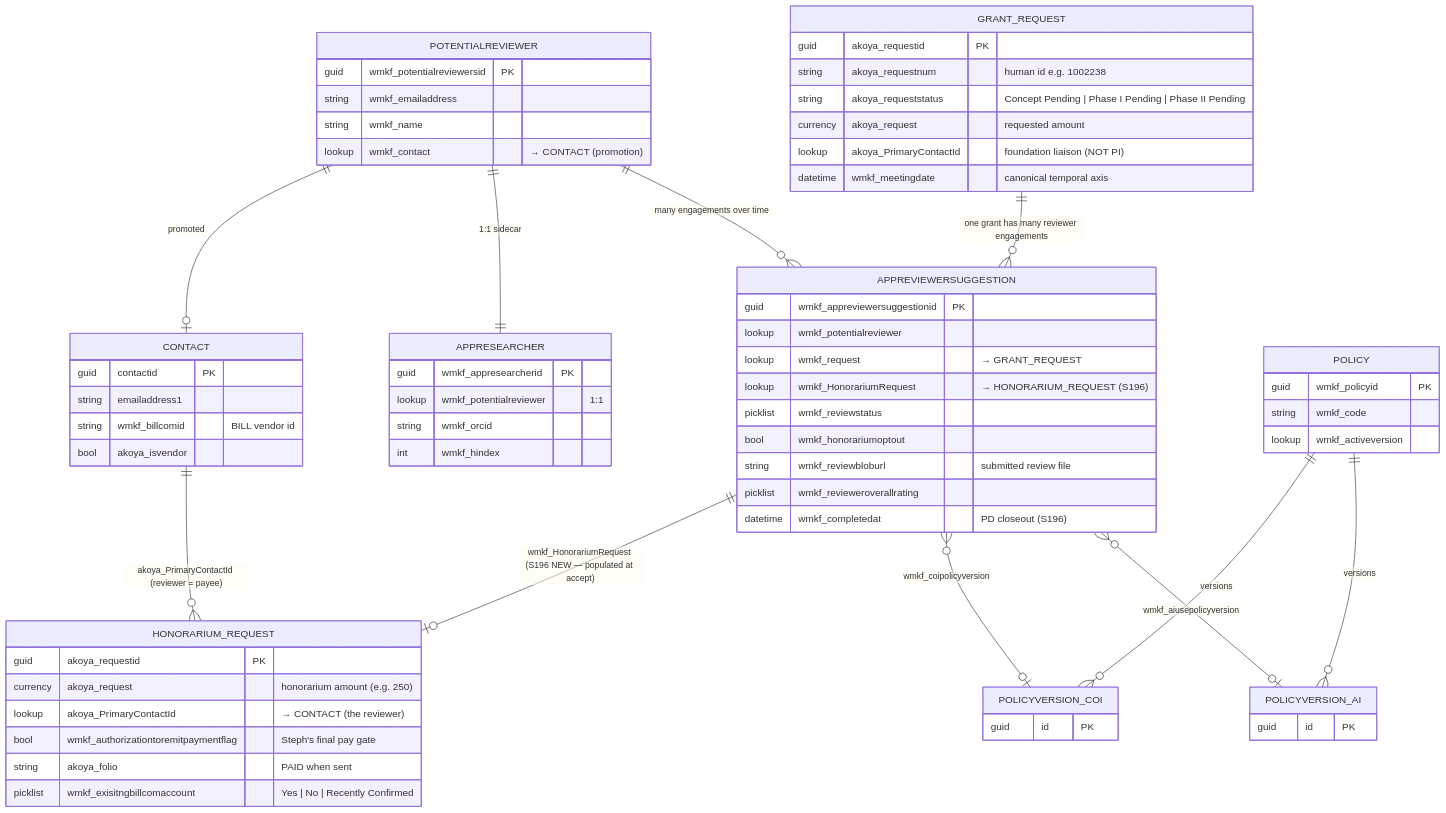
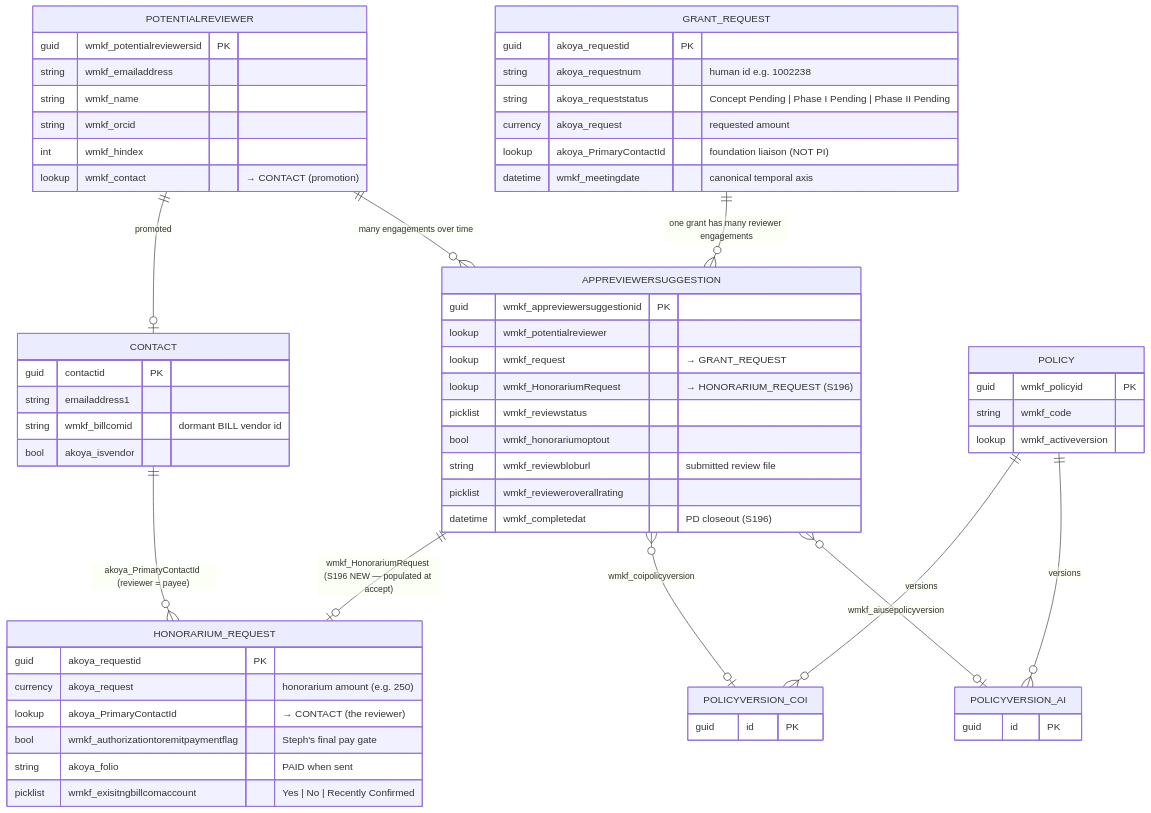
The second of 3 diagrams in docs/REVIEWER_DATA_MODEL.md (justingallivan/wmkf-research-apps), drawn with Mermaid before and after one commit. The commit also changed other lines of this file and 19 other files, not shown here.

````diff
--- a/docs/REVIEWER_DATA_MODEL.md
+++ b/docs/REVIEWER_DATA_MODEL.md
@@ -128,69 +123,64 @@
 ```mermaid
 erDiagram
     POTENTIALREVIEWER ||--o| CONTACT : "promoted"
-    POTENTIALREVIEWER ||--|| APPRESEARCHER : "1:1 sidecar"
     POTENTIALREVIEWER ||--o{ APPREVIEWERSUGGESTION : "many engagements over time"
 
     GRANT_REQUEST ||--o{ APPREVIEWERSUGGESTION : "one grant has many reviewer engagements"
 
     APPREVIEWERSUGGESTION ||--o| HONORARIUM_REQUEST : "wmkf_HonorariumRequest (S196 NEW — populated at accept)"
     CONTACT ||--o{ HONORARIUM_REQUEST : "akoya_PrimaryContactId (reviewer = payee)"
 
     APPREVIEWERSUGGESTION }o--o| POLICYVERSION_COI : "wmkf_coipolicyversion"
     APPREVIEWERSUGGESTION }o--o| POLICYVERSION_AI  : "wmkf_aiusepolicyversion"
     POLICY ||--o{ POLICYVERSION_COI : "versions"
     POLICY ||--o{ POLICYVERSION_AI  : "versions"
 
     POTENTIALREVIEWER {
         guid wmkf_potentialreviewersid PK
         string wmkf_emailaddress
         string wmkf_name
-        lookup wmkf_contact "→ CONTACT (promotion)"
-    }
-    APPRESEARCHER {
-        guid wmkf_appresearcherid PK
-        lookup wmkf_potentialreviewer "1:1"
         string wmkf_orcid
         int wmkf_hindex
+        lookup wmkf_contact "→ CONTACT (promotion)"
     }
     CONTACT {
         guid contactid PK
         string emailaddress1
-        string wmkf_billcomid "BILL vendor id"
+        string wmkf_billcomid "dormant BILL vendor id"
         bool akoya_isvendor
     }
     APPREVIEWERSUGGESTION {
         guid wmkf_appreviewersuggestionid PK
         lookup wmkf_potentialreviewer
         lookup wmkf_request "→ GRANT_REQUEST"
         lookup wmkf_HonorariumRequest "→ HONORARIUM_REQUEST (S196)"
         picklist wmkf_reviewstatus
         bool wmkf_honorariumoptout
         string wmkf_reviewbloburl "submitted review file"
         picklist wmkf_revieweroverallrating
         datetime wmkf_completedat "PD closeout (S196)"
     }
     GRANT_REQUEST {
         guid akoya_requestid PK
         string akoya_requestnum "human id e.g. 1002238"
         string akoya_requeststatus "Concept Pending | Phase I Pending | Phase II Pending"
         currency akoya_request "requested amount"
         lookup akoya_PrimaryContactId "foundation liaison (NOT PI)"
         datetime wmkf_meetingdate "canonical temporal axis"
     }
     HONORARIUM_REQUEST {
         guid akoya_requestid PK
         currency akoya_request "honorarium amount (e.g. 250)"
         lookup akoya_PrimaryContactId "→ CONTACT (the reviewer)"
         bool wmkf_authorizationtoremitpaymentflag "Steph's final pay gate"
         string akoya_folio "PAID when sent"
         picklist wmkf_exisitngbillcomaccount "Yes | No | Recently Confirmed"
     }
     POLICY {
         guid wmkf_policyid PK
         string wmkf_code
         lookup wmkf_activeversion
     }
     POLICYVERSION_COI { guid id PK }
     POLICYVERSION_AI  { guid id PK }
 ```
````
